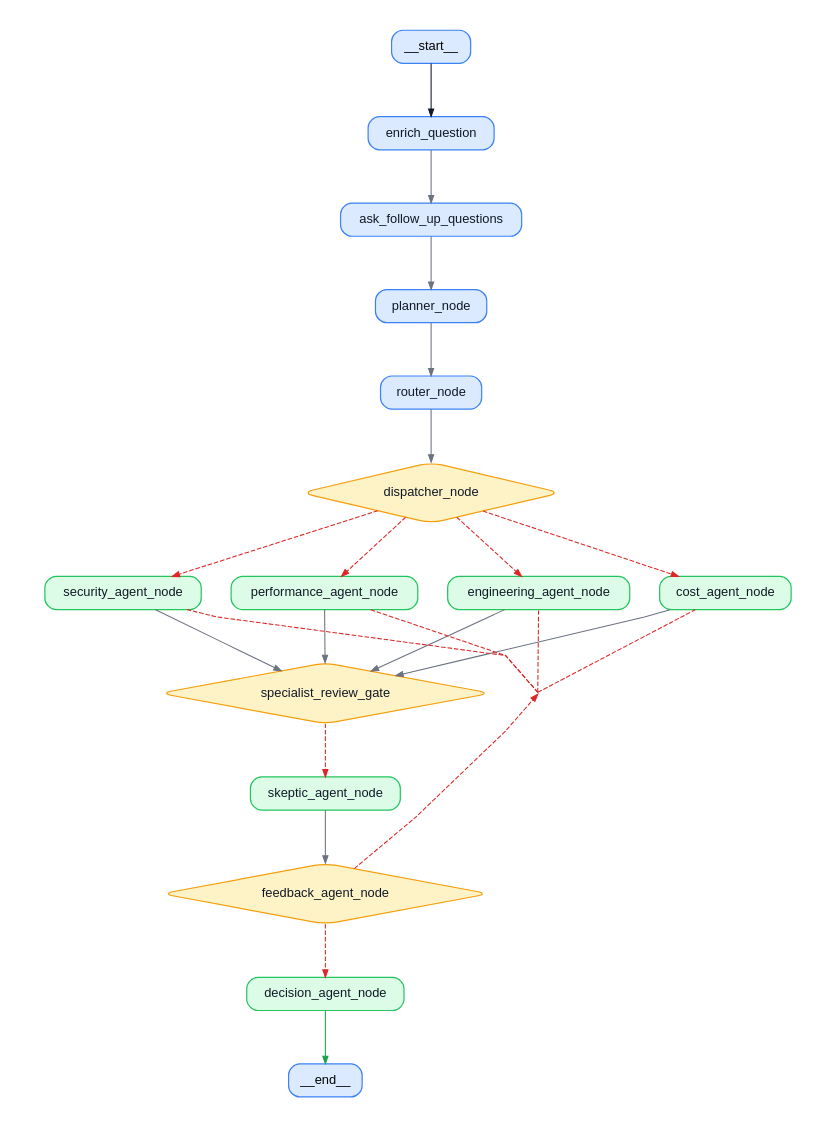
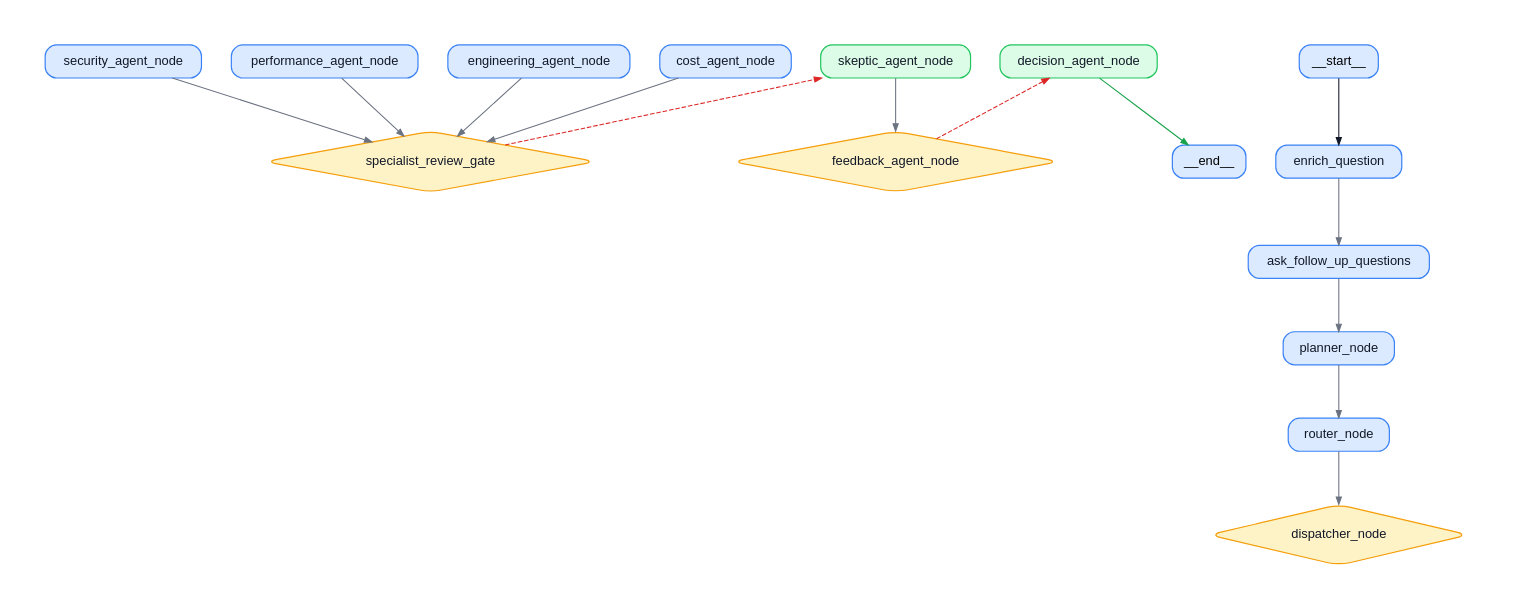
The diagram in Multi-Agent Decision System/graphs/graph.dot (SarthaK-kumar-kgp/Agentic-AI-Project), drawn with Graphviz before and after one commit. The commit also changed 5 other files, not shown here.

```diff
--- a/Multi-Agent Decision System/graphs/graph.dot
+++ b/Multi-Agent Decision System/graphs/graph.dot
@@ -26,6 +26,73 @@
         arrowsize=0.8,
         fontname="Helvetica"
     ];
+
+    subgraph cluster_level_0 {
+        style="invis";
+        rank=same;
+        "feedback_agent_node" [
+            label="feedback_agent_node",
+            shape=diamond,
+            fillcolor="#fef3c7",
+            color="#f59e0b",
+            fontcolor="#111827"
+        ];
+        "specialist_review_gate" [
+            label="specialist_review_gate",
+            shape=diamond,
+            fillcolor="#fef3c7",
+            color="#f59e0b",
+            fontcolor="#111827"
+        ];
+        "decision_agent_node" [
+            label="decision_agent_node",
+            shape=box,
+            style="rounded,filled",
+            fillcolor="#dcfce7",
+            color="#22c55e",
+            fontcolor="#111827"
+        ];
+        "skeptic_agent_node" [
+            label="skeptic_agent_node",
+            shape=box,
+            style="rounded,filled",
+            fillcolor="#dcfce7",
+            color="#22c55e",
+            fontcolor="#111827"
+        ];
+        "cost_agent_node" [
+            label="cost_agent_node",
+            shape=box,
+            style="rounded,filled",
+            fillcolor="#dbeafe",
+            color="#3b82f6",
+            fontcolor="#111827"
+        ];
+        "engineering_agent_node" [
+            label="engineering_agent_node",
+            shape=box,
+            style="rounded,filled",
+            fillcolor="#dbeafe",
+            color="#3b82f6",
+            fontcolor="#111827"
+        ];
+        "performance_agent_node" [
+            label="performance_agent_node",
+            shape=box,
+            style="rounded,filled",
+            fillcolor="#dbeafe",
+            color="#3b82f6",
+            fontcolor="#111827"
+        ];
+        "security_agent_node" [
+            label="security_agent_node",
+            shape=box,
+            style="rounded,filled",
+            fillcolor="#dbeafe",
+            color="#3b82f6",
+            fontcolor="#111827"
+        ];
+    }
 
     subgraph cluster_level_1 {
         style="invis";
@@ -91,93 +158,6 @@
         ];
     }
 
-    subgraph cluster_level_6 {
-        style="invis";
-        rank=same;
-        "cost_agent_node" [
-            label="cost_agent_node",
-            shape=box,
-            style="rounded,filled",
-            fillcolor="#dcfce7",
-            color="#22c55e",
-            fontcolor="#111827"
-        ];
-        "engineering_agent_node" [
-            label="engineering_agent_node",
-            shape=box,
-            style="rounded,filled",
-            fillcolor="#dcfce7",
-            color="#22c55e",
-            fontcolor="#111827"
-        ];
-        "performance_agent_node" [
-            label="performance_agent_node",
-            shape=box,
-            style="rounded,filled",
-            fillcolor="#dcfce7",
-            color="#22c55e",
-            fontcolor="#111827"
-        ];
-        "security_agent_node" [
-            label="security_agent_node",
-            shape=box,
-            style="rounded,filled",
-            fillcolor="#dcfce7",
-            color="#22c55e",
-            fontcolor="#111827"
-        ];
-    }
-
-    subgraph cluster_level_7 {
-        style="invis";
-        rank=same;
-        "specialist_review_gate" [
-            label="specialist_review_gate",
-            shape=diamond,
-            fillcolor="#fef3c7",
-            color="#f59e0b",
-            fontcolor="#111827"
-        ];
-    }
-
-    subgraph cluster_level_8 {
-        style="invis";
-        rank=same;
-        "skeptic_agent_node" [
-            label="skeptic_agent_node",
-            shape=box,
-            style="rounded,filled",
-            fillcolor="#dcfce7",
-            color="#22c55e",
-            fontcolor="#111827"
-        ];
-    }
-
-    subgraph cluster_level_9 {
-        style="invis";
-        rank=same;
-        "feedback_agent_node" [
-            label="feedback_agent_node",
-            shape=diamond,
-            fillcolor="#fef3c7",
-            color="#f59e0b",
-            fontcolor="#111827"
-        ];
-    }
-
-    subgraph cluster_level_10 {
-        style="invis";
-        rank=same;
-        "decision_agent_node" [
-            label="decision_agent_node",
-            shape=box,
-            style="rounded,filled",
-            fillcolor="#dcfce7",
-            color="#22c55e",
-            fontcolor="#111827"
-        ];
-    }
-
     "__start__" -> "enrich_question" [color="#111827"];
     "ask_follow_up_questions" -> "planner_node";
     "cost_agent_node" -> "specialist_review_gate";
@@ -189,14 +169,6 @@
     "router_node" -> "dispatcher_node";
     "security_agent_node" -> "specialist_review_gate";
     "skeptic_agent_node" -> "feedback_agent_node";
-    "dispatcher_node" -> "cost_agent_node" [style="dashed", color="#dc2626"];
-    "dispatcher_node" -> "engineering_agent_node" [style="dashed", color="#dc2626"];
-    "dispatcher_node" -> "performance_agent_node" [style="dashed", color="#dc2626"];
-    "dispatcher_node" -> "security_agent_node" [style="dashed", color="#dc2626"];
-    "feedback_agent_node" -> "cost_agent_node" [style="dashed", color="#dc2626", constraint=false];
-    "feedback_agent_node" -> "decision_agent_node" [style="dashed", color="#dc2626"];
-    "feedback_agent_node" -> "engineering_agent_node" [style="dashed", color="#dc2626", constraint=false];
-    "feedback_agent_node" -> "performance_agent_node" [style="dashed", color="#dc2626", constraint=false];
-    "feedback_agent_node" -> "security_agent_node" [style="dashed", color="#dc2626", constraint=false];
-    "specialist_review_gate" -> "skeptic_agent_node" [style="dashed", color="#dc2626"];
+    "feedback_agent_node" -> "decision_agent_node" [style="dashed", color="#dc2626", constraint=false];
+    "specialist_review_gate" -> "skeptic_agent_node" [style="dashed", color="#dc2626", constraint=false];
 }
```
